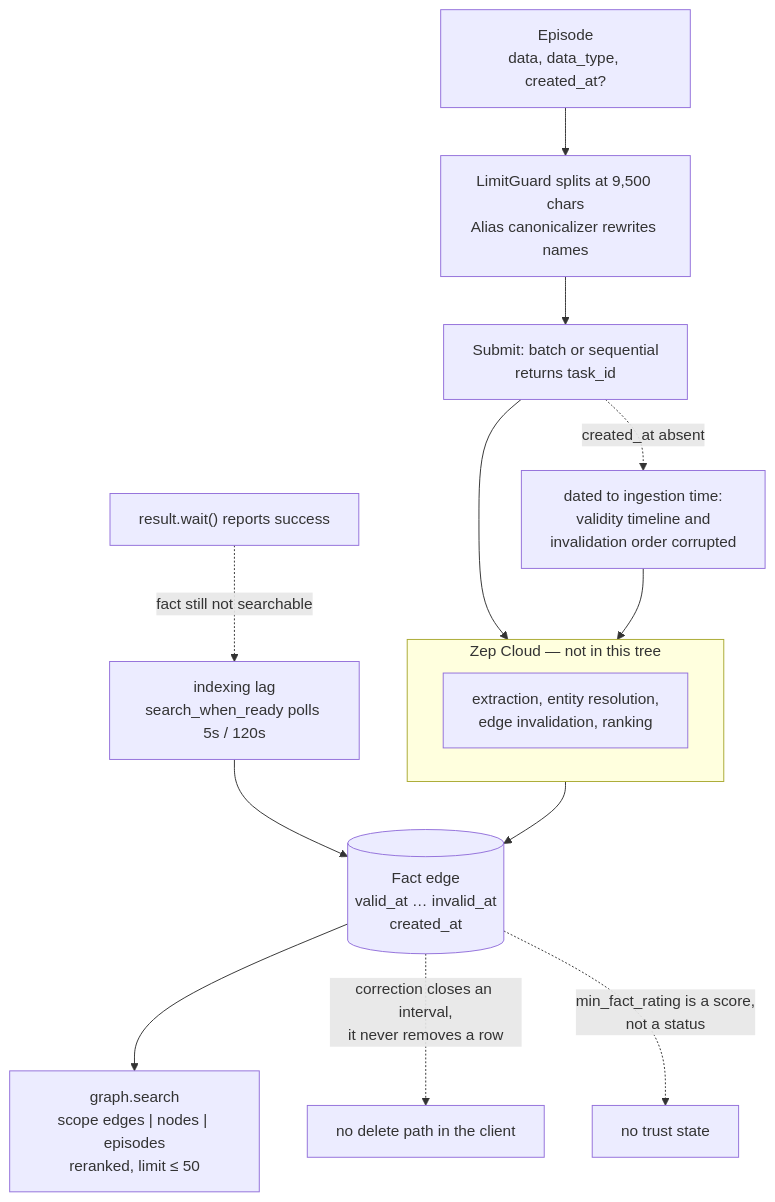
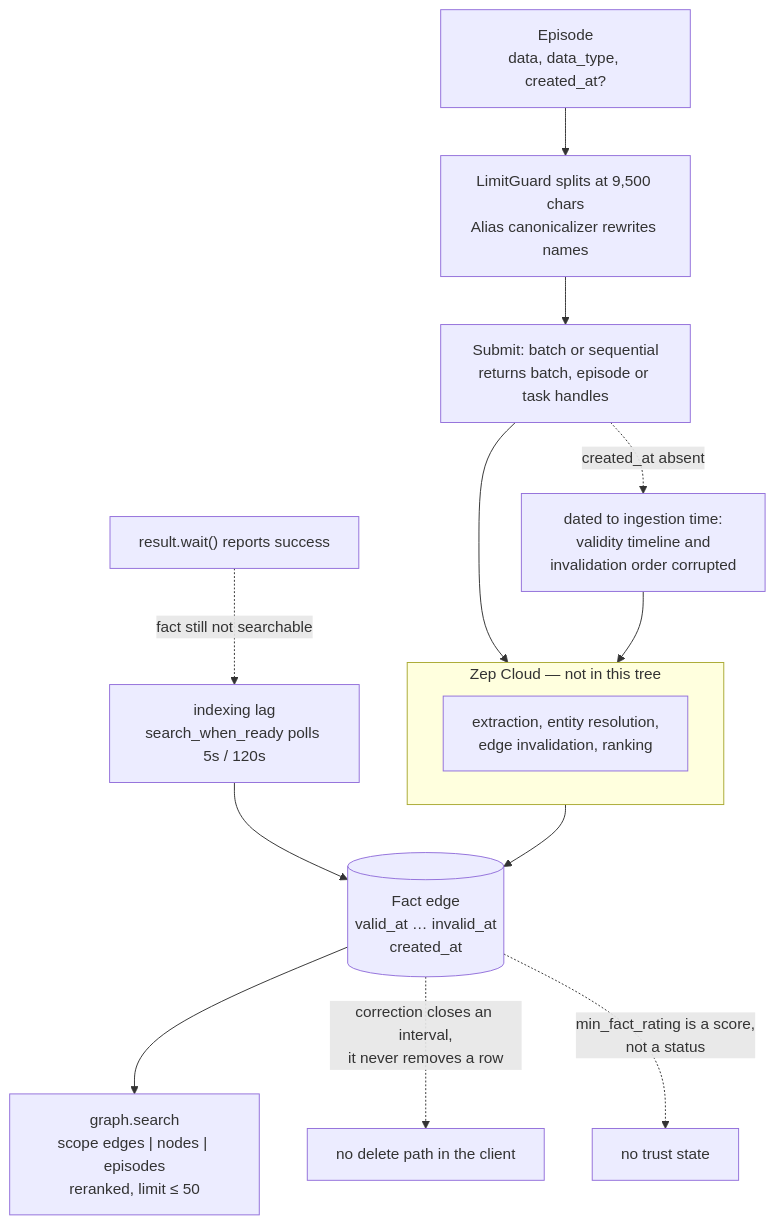
The diagram in content/systems/zep.md (neoneye/agent-memory-atlas), drawn with Mermaid before and after one commit. The commit also changed other lines of this file and 7 other files, not shown here.

````diff
--- a/content/systems/zep.md
+++ b/content/systems/zep.md
@@ -126,21 +130,21 @@
 ```mermaid
 %% caption: what a client can see of a hosted graph: two lags, three timestamps, and no way to say never again
 flowchart TB
     Ep["Episode<br/>data, data_type, created_at?"] --> Guard["LimitGuard splits at 9,500 chars<br/>Alias canonicalizer rewrites names"]
-    Guard --> Sub["Submit: batch or sequential<br/>returns task_id"]
+    Guard --> Sub["Submit: batch or sequential<br/>returns batch, episode or task handles"]
     Sub --> Opaque
 
     subgraph Opaque["Zep Cloud — not in this tree"]
       Extract["extraction, entity resolution,<br/>edge invalidation, ranking"]
     end
 
     Opaque --> Edge[("Fact edge<br/>valid_at … invalid_at<br/>created_at")]
     Sub -.->|"created_at absent"| Bad["dated to ingestion time:<br/>validity timeline and<br/>invalidation order corrupted"]
     Bad --> Opaque
 
     Wait["result.wait() reports success"] -.->|"fact still not searchable"| Lag["indexing lag<br/>search_when_ready polls 5s / 120s"]
     Lag --> Edge
     Edge --> Read["graph.search<br/>scope edges | nodes | episodes<br/>reranked, limit ≤ 50"]
     Edge -.->|"correction closes an interval,<br/>it never removes a row"| Keep["no delete path in the client"]
     Edge -.->|"min_fact_rating is a score,<br/>not a status"| NoState["no trust state"]
 ```
````
